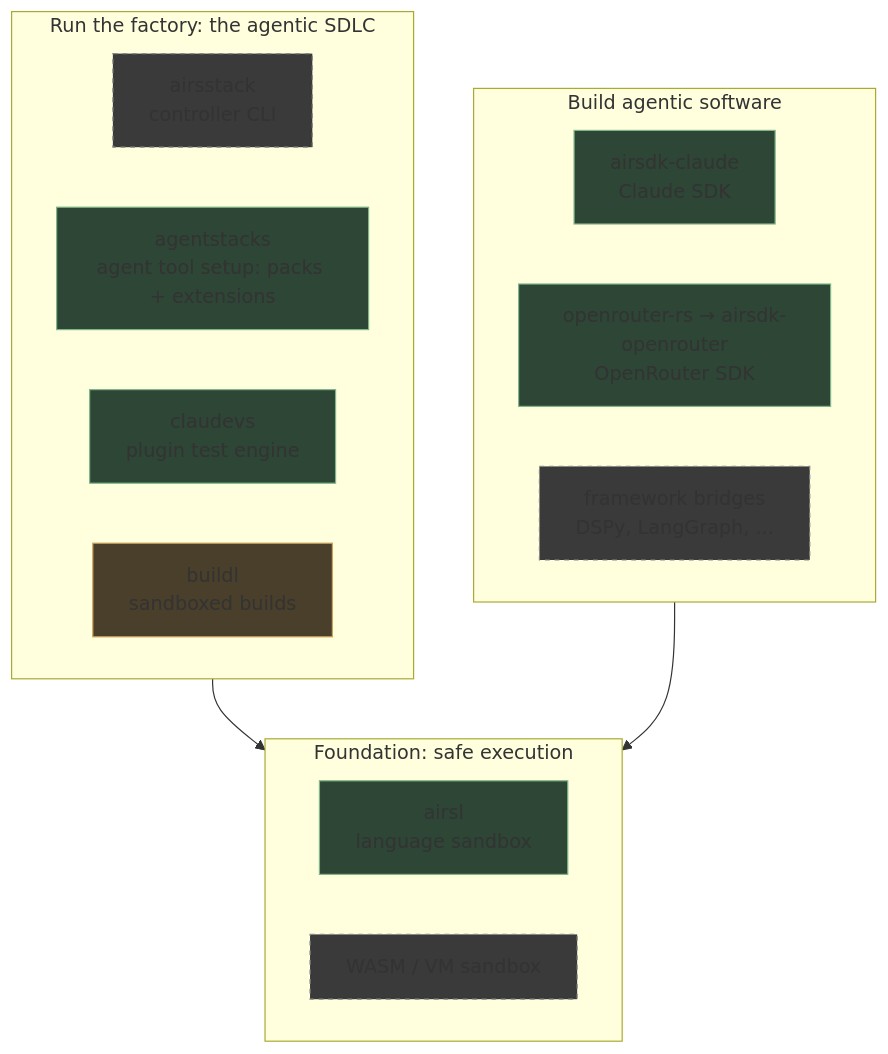
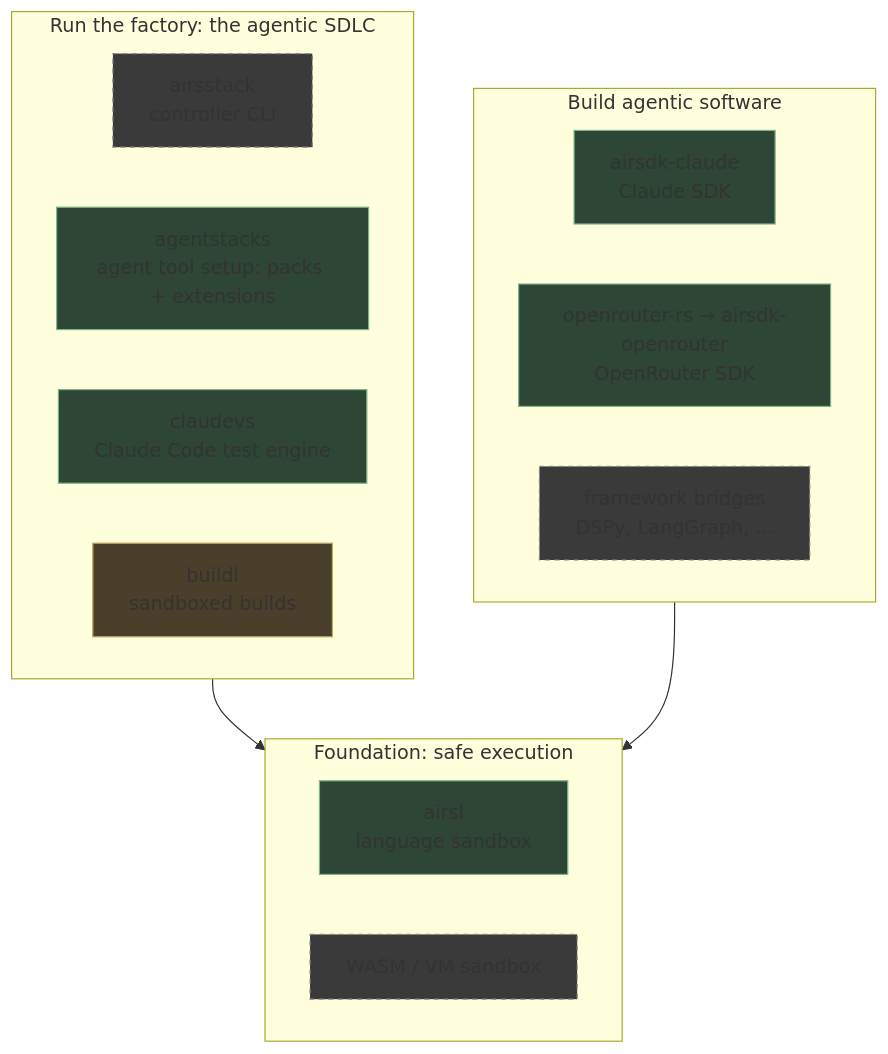
One commit to airsstack/.github changed the diagram in profile/README.md. Above: the diagram before and after it, drawn with Mermaid. The commit also changed other lines of this file, not shown here.

Commit message:
docs(profile): drop Where we are heading, claudevs is Claude Code-specific

````diff
--- a/profile/README.md
+++ b/profile/README.md
@@ -19,37 +19,37 @@
 ```mermaid
 %% airsstack map
 flowchart TB
     subgraph A["Run the factory: the agentic SDLC"]
         direction LR
         CTL["airsstack<br/>controller CLI"]
         SDLC["agentstacks<br/>agent tool setup: packs + extensions"]
-        CVS["claudevs<br/>plugin test engine"]
+        CVS["claudevs<br/>Claude Code test engine"]
         BUILD["buildl<br/>sandboxed builds"]
     end
 
     subgraph B["Build agentic software"]
         direction LR
         CLAUDE["airsdk-claude<br/>Claude SDK"]
         OR["openrouter-rs → airsdk-openrouter<br/>OpenRouter SDK"]
         BRIDGE["framework bridges<br/>DSPy, LangGraph, ..."]
     end
 
     subgraph F["Foundation: safe execution"]
         direction LR
         AIRSL["airsl<br/>language sandbox"]
         DEEPER["WASM / VM sandbox"]
     end
 
     A --> F
     B --> F
 
     style SDLC fill:#2e4636,stroke:#7fb589
     style CVS fill:#2e4636,stroke:#7fb589
     style CLAUDE fill:#2e4636,stroke:#7fb589
     style OR fill:#2e4636,stroke:#7fb589
     style AIRSL fill:#2e4636,stroke:#7fb589
     style BUILD fill:#4a3f2a,stroke:#c9a35c
     style CTL fill:#3a3a3a,stroke:#888,stroke-dasharray: 4 4
     style BRIDGE fill:#3a3a3a,stroke:#888,stroke-dasharray: 4 4
     style DEEPER fill:#3a3a3a,stroke:#888,stroke-dasharray: 4 4
 ```
````
